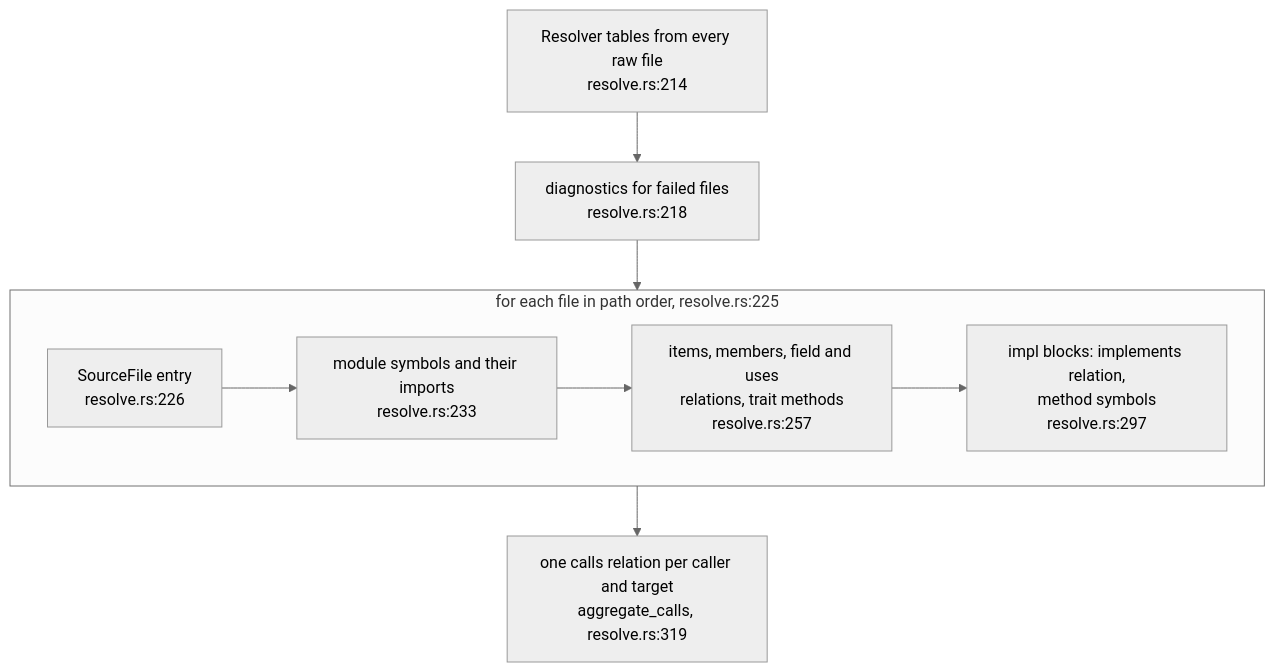
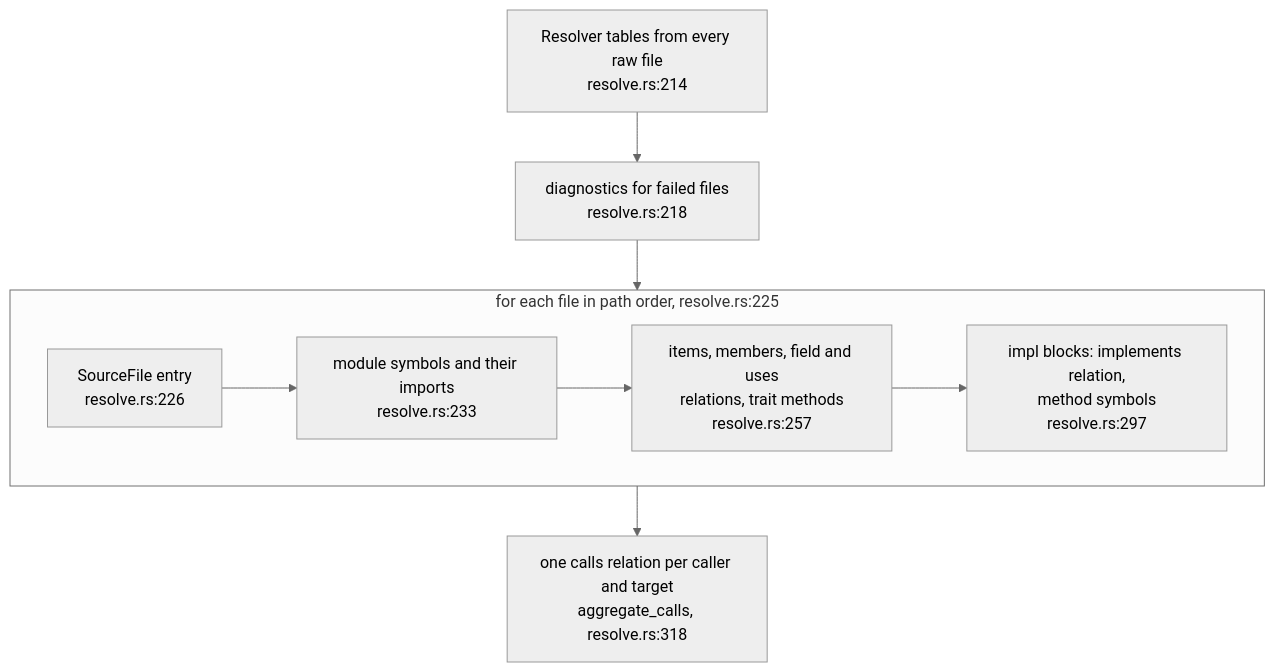
Before and after one commit to DreamLab-AI/codemaid: the fifth of 5 diagrams in docs/diagrams/extract/01-the-adapter-pipeline.md, drawn with Mermaid (neutral theme). The commit also changed other lines of this file and 21 other files, not shown here.

````diff
--- a/docs/diagrams/extract/01-the-adapter-pipeline.md
+++ b/docs/diagrams/extract/01-the-adapter-pipeline.md
@@ -209,14 +220,14 @@
 ```mermaid
 flowchart TB
     T["Resolver tables from every raw file<br/>resolve.rs:214"]
     D["diagnostics for failed files<br/>resolve.rs:218"]
     subgraph PERFILE["for each file in path order, resolve.rs:225"]
         FI["SourceFile entry<br/>resolve.rs:226"]
         MO["module symbols and their imports<br/>resolve.rs:233"]
         IT["items, members, field and uses<br/>relations, trait methods<br/>resolve.rs:257"]
         IM["impl blocks: implements relation,<br/>method symbols<br/>resolve.rs:297"]
         FI --> MO --> IT --> IM
     end
-    AG["one calls relation per caller and target<br/>aggregate_calls, resolve.rs:319"]
+    AG["one calls relation per caller and target<br/>aggregate_calls, resolve.rs:318"]
     T --> D --> PERFILE --> AG
 ```
````
